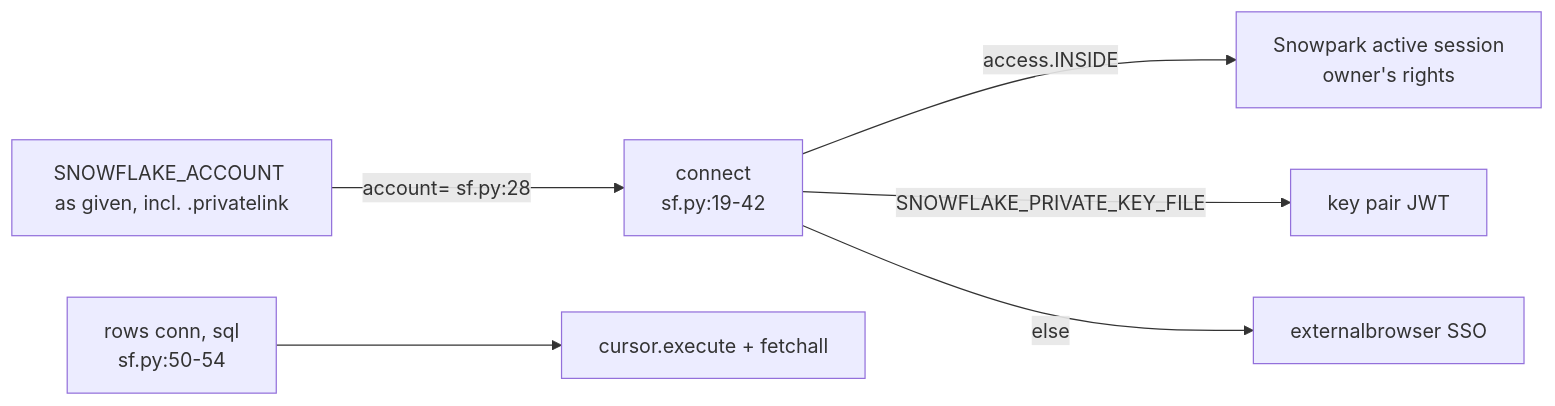
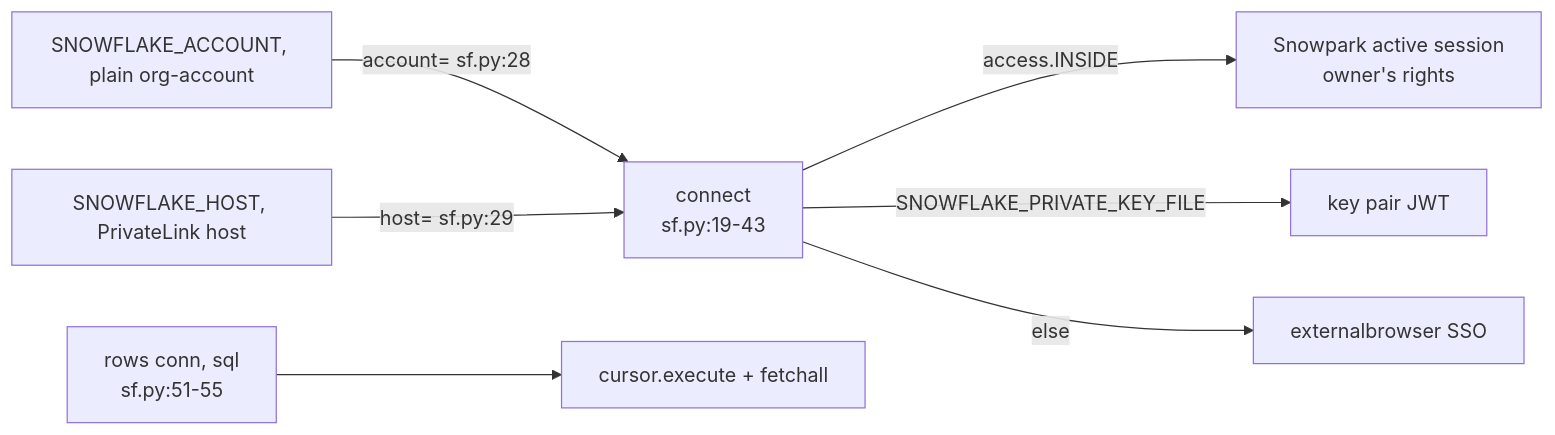
One commit to darshanmeel/snowflake-access-explorer changed the diagram in snowflake-access-explorer-knowledge-graph/modules/sf.md. Above: the diagram before and after it, drawn with Mermaid. The commit also changed other lines of this file and 35 other files, not shown here.

Commit message:
Docs and knowledge graph: SNOWFLAKE_HOST for PrivateLink, QUERY_TAG and STREAMLIT_APP settings, line refs refreshed

````diff
--- a/snowflake-access-explorer-knowledge-graph/modules/sf.md
+++ b/snowflake-access-explorer-knowledge-graph/modules/sf.md
@@ -6,8 +6,9 @@
 ```mermaid
 flowchart LR
-  C[connect<br/>sf.py:19-42] -->|access.INSIDE| SP[Snowpark active session<br/>owner's rights]
+  C[connect<br/>sf.py:19-43] -->|access.INSIDE| SP[Snowpark active session<br/>owner's rights]
   C -->|SNOWFLAKE_PRIVATE_KEY_FILE| KP[key pair JWT]
   C -->|else| SSO[externalbrowser SSO]
-  ENV[SNOWFLAKE_ACCOUNT as given, incl. .privatelink] -->|account= sf.py:28| C
-  R[rows conn, sql<br/>sf.py:50-54] --> CUR[cursor.execute + fetchall]
+  ENV[SNOWFLAKE_ACCOUNT, plain org-account] -->|account= sf.py:28| C
+  HOST[SNOWFLAKE_HOST, PrivateLink host] -->|host= sf.py:29| C
+  R[rows conn, sql<br/>sf.py:51-55] --> CUR[cursor.execute + fetchall]
 ```
````
